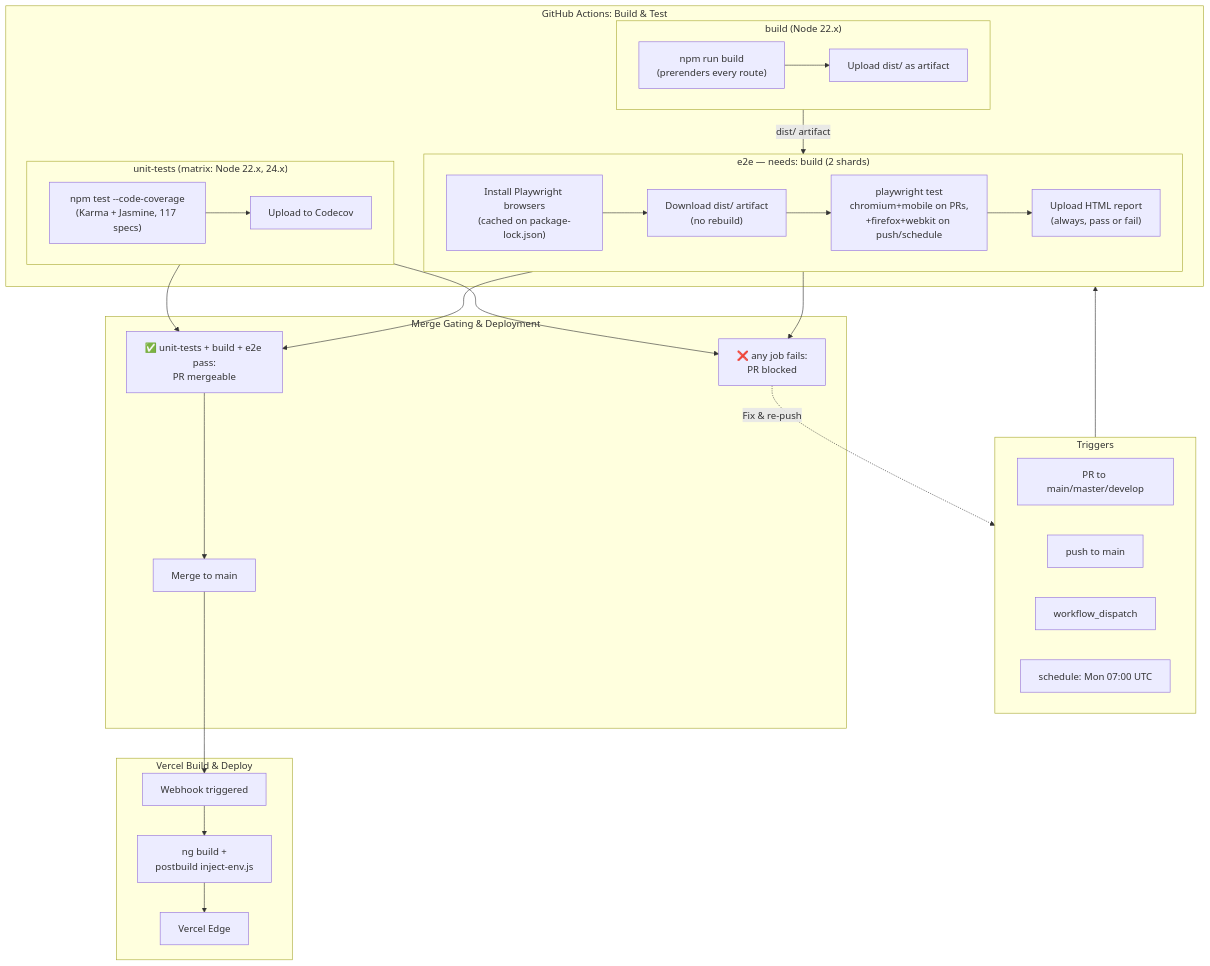
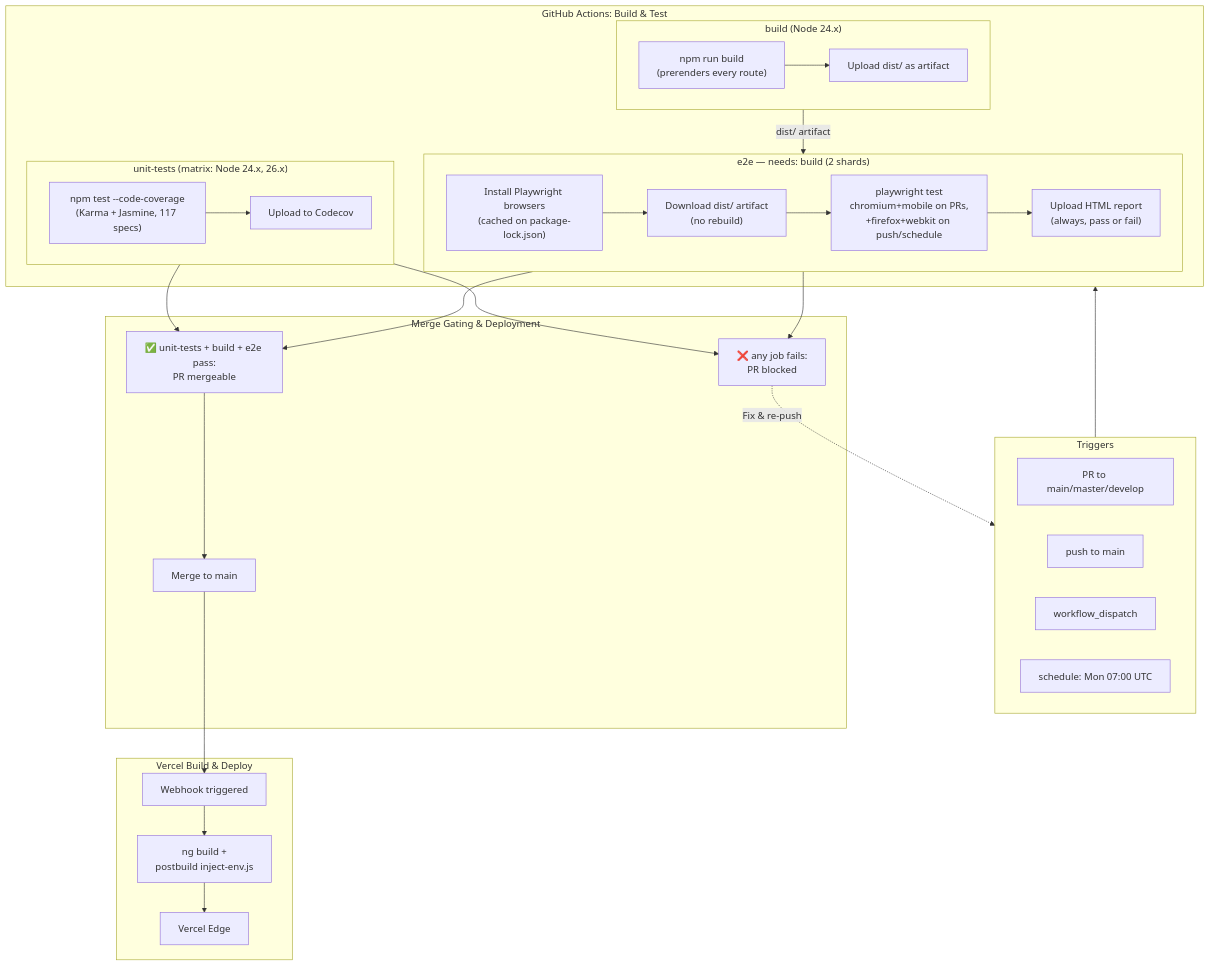
Before and after one commit to AardeYamz/v3.yannislam.org: the second of 3 diagrams in README.md, drawn with Mermaid. The commit also changed other lines of this file and 5 other files, not shown here.

````diff
--- a/README.md
+++ b/README.md
@@ -133,53 +133,53 @@
 ```mermaid
 flowchart TB
     subgraph Trigger["Triggers"]
         PRPush["PR to main/master/develop"]
         MainPush["push to main"]
         Manual["workflow_dispatch"]
         Nightly["schedule: Mon 07:00 UTC"]
     end
 
     subgraph GHA["GitHub Actions: Build & Test"]
-        subgraph UnitJob["unit-tests (matrix: Node 22.x, 24.x)"]
+        subgraph UnitJob["unit-tests (matrix: Node 24.x, 26.x)"]
             UTest["npm test --code-coverage<br/>(Karma + Jasmine, 117 specs)"]
             UCov["Upload to Codecov"]
             UTest --> UCov
         end
 
-        subgraph BuildJob["build (Node 22.x)"]
+        subgraph BuildJob["build (Node 24.x)"]
             BBuild["npm run build<br/>(prerenders every route)"]
             BUpload["Upload dist/ as artifact"]
             BBuild --> BUpload
         end
 
         subgraph E2EJob["e2e — needs: build (2 shards)"]
             EBrowsers["Install Playwright browsers<br/>(cached on package-lock.json)"]
             EDownload["Download dist/ artifact<br/>(no rebuild)"]
             ERun["playwright test<br/>chromium+mobile on PRs,<br/>+firefox+webkit on push/schedule"]
             EReport["Upload HTML report<br/>(always, pass or fail)"]
             EBrowsers --> EDownload --> ERun --> EReport
         end
 
         BuildJob -->|"dist/ artifact"| E2EJob
     end
 
     subgraph GateAndDeploy["Merge Gating & Deployment"]
         Mergeable["✅ unit-tests + build + e2e pass:<br/>PR mergeable"]
         Blocked["❌ any job fails:<br/>PR blocked"]
         Merged["Merge to main"]
     end
 
     subgraph VercelBuild["Vercel Build & Deploy"]
         VercelCheck["Webhook triggered"]
         VercelBuild2["ng build +<br/>postbuild inject-env.js"]
         VercelServe["Vercel Edge"]
     end
 
     Trigger --> GHA
     UnitJob & E2EJob --> Mergeable
     UnitJob & E2EJob --> Blocked
     Blocked -.->|"Fix & re-push"| Trigger
     Mergeable --> Merged
     Merged --> VercelCheck
     VercelCheck --> VercelBuild2 --> VercelServe
 ```
````
